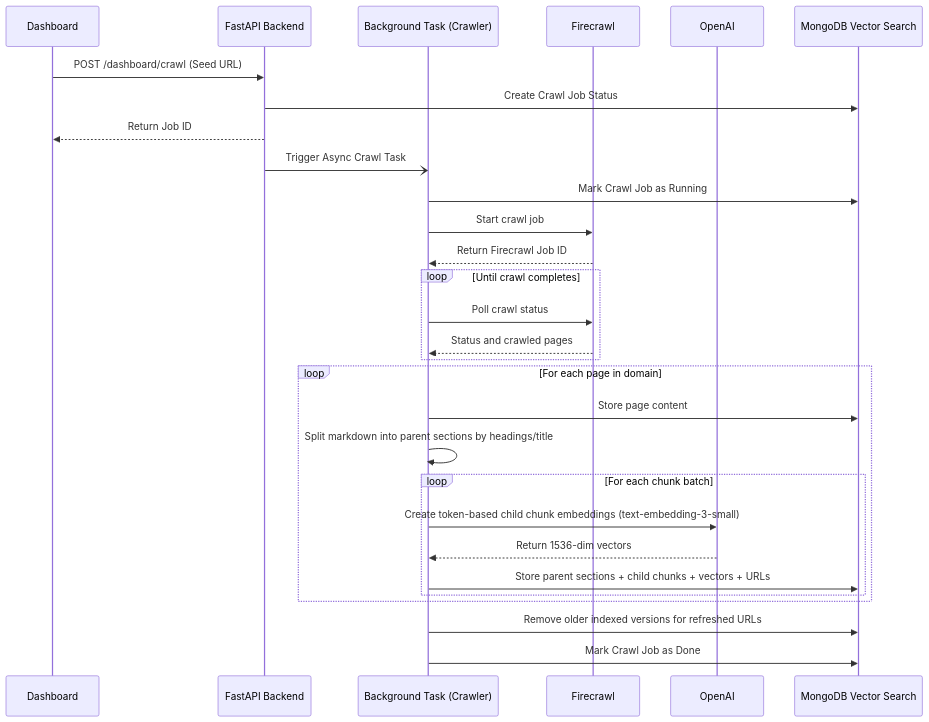
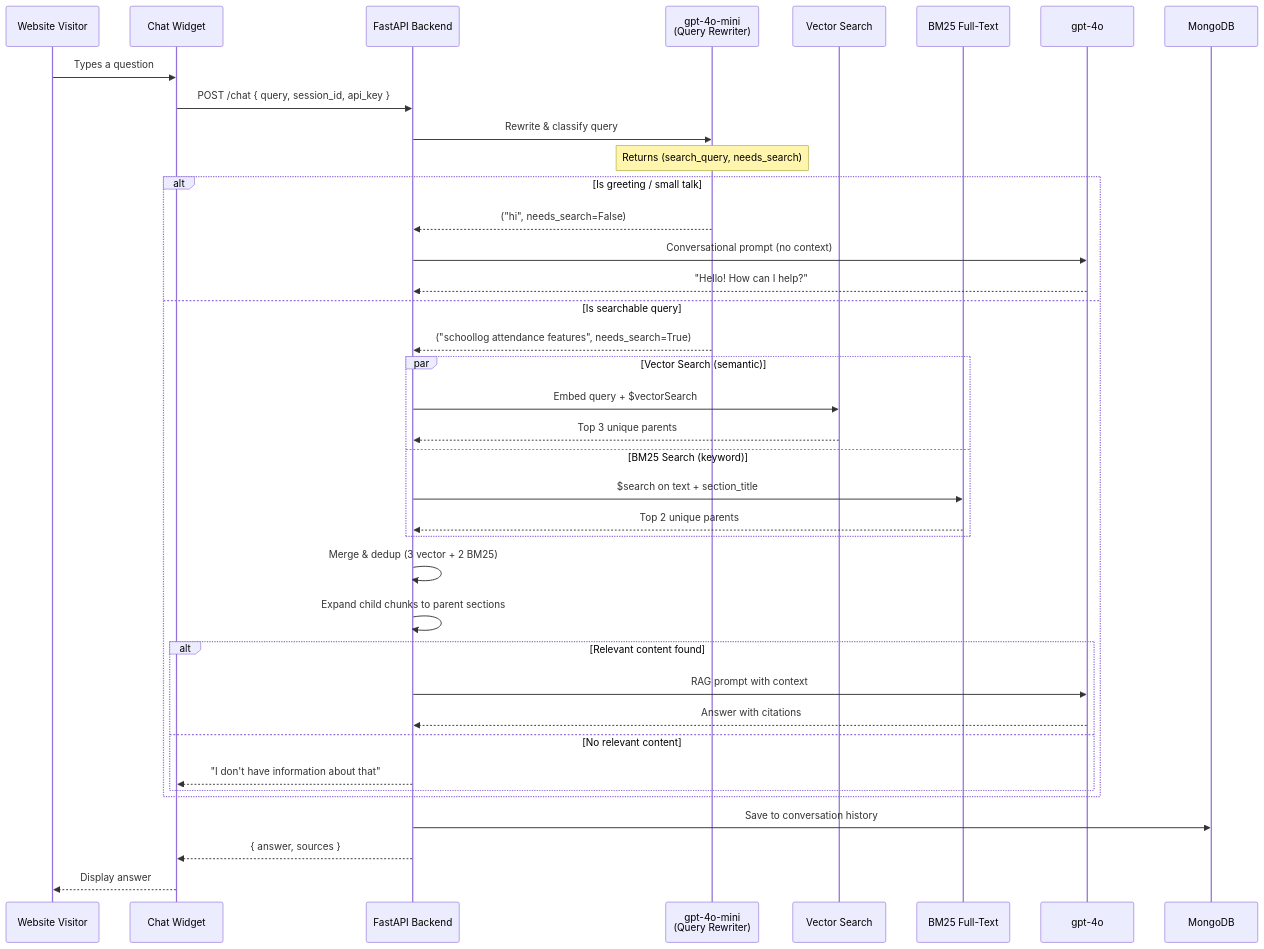
One commit to Himanshu-Jha-rgb/AI_Chatbot_widget changed the second of 4 diagrams in README.md. Above: the diagram before and after it, drawn with Mermaid. The commit also changed other lines of this file and 3 other files, not shown here.

Commit message:
feat: implement query rewriting and enhance search logic in chat API

````diff
--- a/README.md
+++ b/README.md
@@ -24,34 +22,47 @@
 ```mermaid
 sequenceDiagram
-    participant Dashboard
+    participant User as Website Visitor
+    participant Widget as Chat Widget
     participant API as FastAPI Backend
-    participant Crawler as Background Task (Crawler)
-    participant Firecrawl
-    participant OpenAI
-    participant DB as MongoDB Vector Search
+    participant Rewriter as gpt-4o-mini<br/>(Query Rewriter)
+    participant Vector as Vector Search
+    participant BM25 as BM25 Full-Text
+    participant GPT as gpt-4o
+
+    User->>Widget: Types a question
+    Widget->>API: POST /chat { query, session_id, api_key }
     
-    Dashboard->>API: POST /dashboard/crawl (Seed URL)
-    API->>DB: Create Crawl Job Status
-    API-->>Dashboard: Return Job ID
-    API-)Crawler: Trigger Async Crawl Task
-    Crawler->>DB: Mark Crawl Job as Running
-    Crawler->>Firecrawl: Start crawl job
-    Firecrawl-->>Crawler: Return Firecrawl Job ID
+    API->>Rewriter: Rewrite & classify query
+    Note over Rewriter: Returns (search_query, needs_search)
     
-    loop Until crawl completes
-        Crawler->>Firecrawl: Poll crawl status
-        Firecrawl-->>Crawler: Status and crawled pages
+    alt Is greeting / small talk
+        Rewriter-->>API: ("hi", needs_search=False)
+        API->>GPT: Conversational prompt (no context)
+        GPT-->>API: "Hello! How can I help?"
+    
+    else Is searchable query
+        Rewriter-->>API: ("schoollog attendance features", needs_search=True)
+        
+        par Vector Search (semantic)
+            API->>Vector: Embed query + $vectorSearch
+            Vector-->>API: Top 3 unique parents
+        and BM25 Search (keyword)
+            API->>BM25: $search on text + section_title
+            BM25-->>API: Top 2 unique parents
+        end
+        
+        API->>API: Merge & dedup (3 vector + 2 BM25)
+        API->>API: Expand child chunks to parent sections
+        
+        alt Relevant content found
+            API->>GPT: RAG prompt with context
+            GPT-->>API: Answer with citations
+        else No relevant content
+            API-->>Widget: "I don't have information about that"
+        end
     end
     
-    loop For each page in domain
-        Crawler->>DB: Store page content
-        Crawler->>Crawler: Split markdown into parent sections by headings/title
-        loop For each chunk batch
-            Crawler->>OpenAI: Create token-based child chunk embeddings (text-embedding-3-small)
-            OpenAI-->>Crawler: Return 1536-dim vectors
-            Crawler->>DB: Store parent sections + child chunks + vectors + URLs
-        end
-    end
-    Crawler->>DB: Remove older indexed versions for refreshed URLs
-    Crawler->>DB: Mark Crawl Job as Done
+    API->>MongoDB: Save to conversation history
+    API-->>Widget: { answer, sources }
+    Widget-->>User: Display answer
 ```
````
